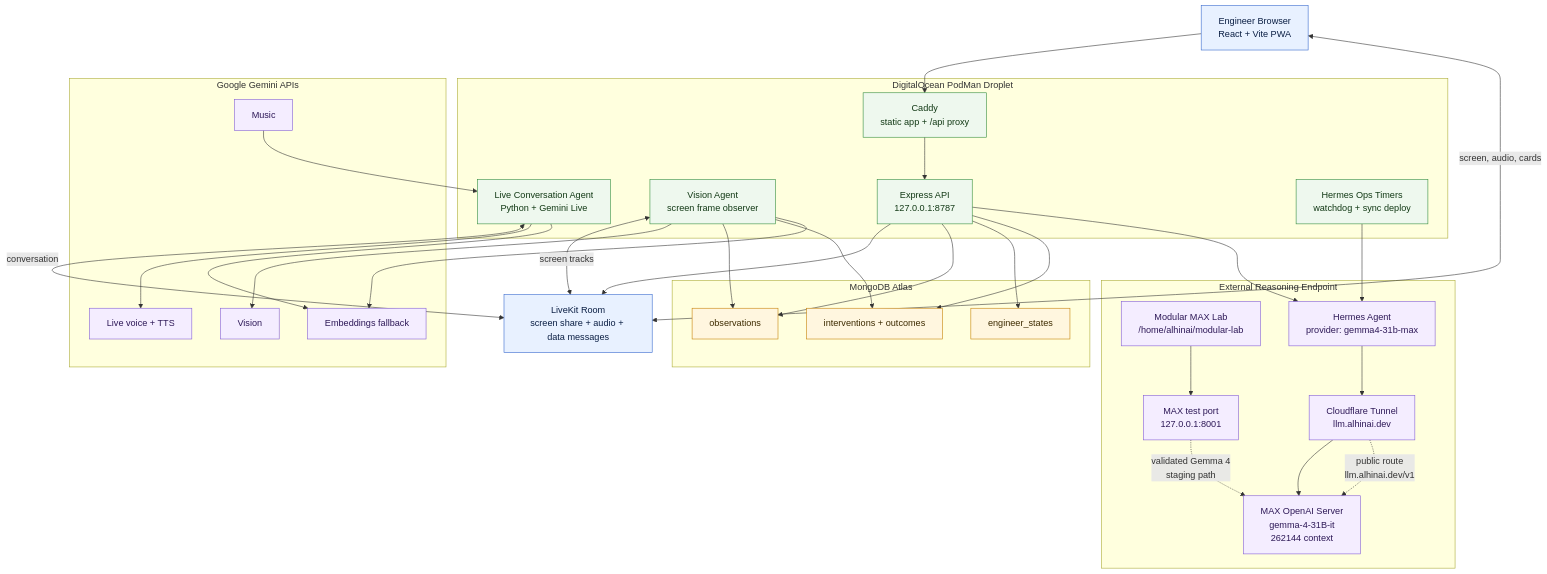
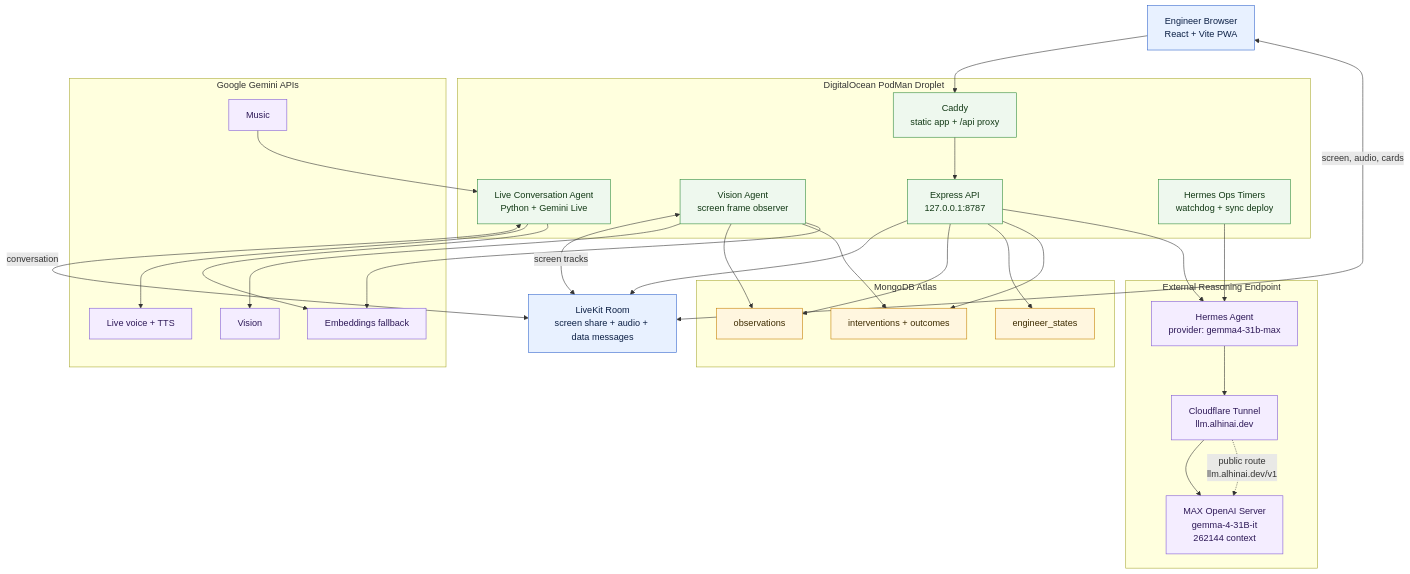
One commit to karti-ai/podman changed the first of 6 diagrams in README.md. Above: the diagram before and after it, drawn with Mermaid. The commit also changed other lines of this file, not shown here.

Commit message:
docs: simplify Modular MAX README

````diff
--- a/README.md
+++ b/README.md
@@ -58,64 +56,60 @@
 ```mermaid
 flowchart TB
   Browser["Engineer Browser<br/>React + Vite PWA"]
   Room["LiveKit Room<br/>screen share + audio + data messages"]
 
   subgraph Droplet["DigitalOcean PodMan Droplet"]
     Caddy["Caddy<br/>static app + /api proxy"]
     API["Express API<br/>127.0.0.1:8787"]
     Vision["Vision Agent<br/>screen frame observer"]
     Voice["Live Conversation Agent<br/>Python + Gemini Live"]
     Ops["Hermes Ops Timers<br/>watchdog + sync deploy"]
   end
 
   subgraph Memory["MongoDB Atlas"]
     Observations["observations"]
     State["engineer_states"]
     Outcomes["interventions + outcomes"]
   end
 
   subgraph Google["Google Gemini APIs"]
     GeminiVision["Vision"]
     GeminiVoice["Live voice + TTS"]
     GeminiEmbed["Embeddings fallback"]
     Lyria["Music"]
   end
 
   subgraph Reasoning["External Reasoning Endpoint"]
     Tunnel["Cloudflare Tunnel<br/>llm.alhinai.dev"]
-    MaxLab["Modular MAX Lab<br/>/home/alhinai/modular-lab"]
     MaxServe["MAX OpenAI Server<br/>gemma-4-31B-it<br/>262144 context"]
-    MaxTest["MAX test port<br/>127.0.0.1:8001"]
     Hermes["Hermes Agent<br/>provider: gemma4-31b-max"]
   end
 
   Browser --> Caddy --> API
   Browser <-->|screen, audio, cards| Room
   API --> Room
   API --> Observations
   API --> State
   API --> Outcomes
   Vision <-->|screen tracks| Room
   Vision --> GeminiVision
   Vision --> Observations
   Vision --> Outcomes
   Voice <-->|conversation| Room
   Voice --> GeminiVoice
   Vision --> GeminiEmbed
   Voice --> GeminiEmbed
   Ops --> Hermes --> Tunnel --> MaxServe
-  MaxLab --> MaxTest
-  MaxTest -. "validated Gemma 4<br/>staging path" .-> MaxServe
   Tunnel -. "public route<br/>llm.alhinai.dev/v1" .-> MaxServe
   API --> Hermes
   Lyria --> Voice
 
   classDef user fill:#e8f1ff,stroke:#3366cc,color:#0b1f44;
   classDef app fill:#eef8ee,stroke:#2f8a3a,color:#123915;
   classDef data fill:#fff6df,stroke:#c47f00,color:#3d2b00;
   classDef ai fill:#f4edff,stroke:#805ad5,color:#2d1857;
   class Browser,Room user;
   class Caddy,API,Vision,Voice,Ops app;
   class Observations,State,Outcomes data;
-  class GeminiVision,GeminiVoice,GeminiEmbed,Lyria,Tunnel,MaxLab,MaxServe,MaxTest,Hermes ai;
+  class GeminiVision,GeminiVoice,GeminiEmbed,Lyria,Tunnel,MaxServe,Hermes ai;
 ```
````
